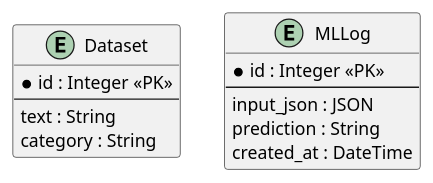
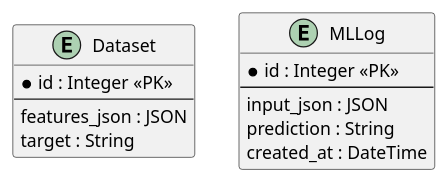
The diagram in docs/schema.puml (chaton59/OC_P5), drawn with PlantUML before and after one commit. The commit also changed 3 other files, not shown here.

Commit message:
docs: add DB schema UML, models preview and README update

```diff
--- a/docs/schema.puml
+++ b/docs/schema.puml
@@ -1,15 +1,15 @@
 @startuml
 entity "Dataset" {
   * id : Integer <<PK>>
   --
-  text : String
-  category : String
+  features_json : JSON
+  target : String
 }
 entity "MLLog" {
   * id : Integer <<PK>>
   --
   input_json : JSON
   prediction : String
   created_at : DateTime
 }
 @enduml
```
